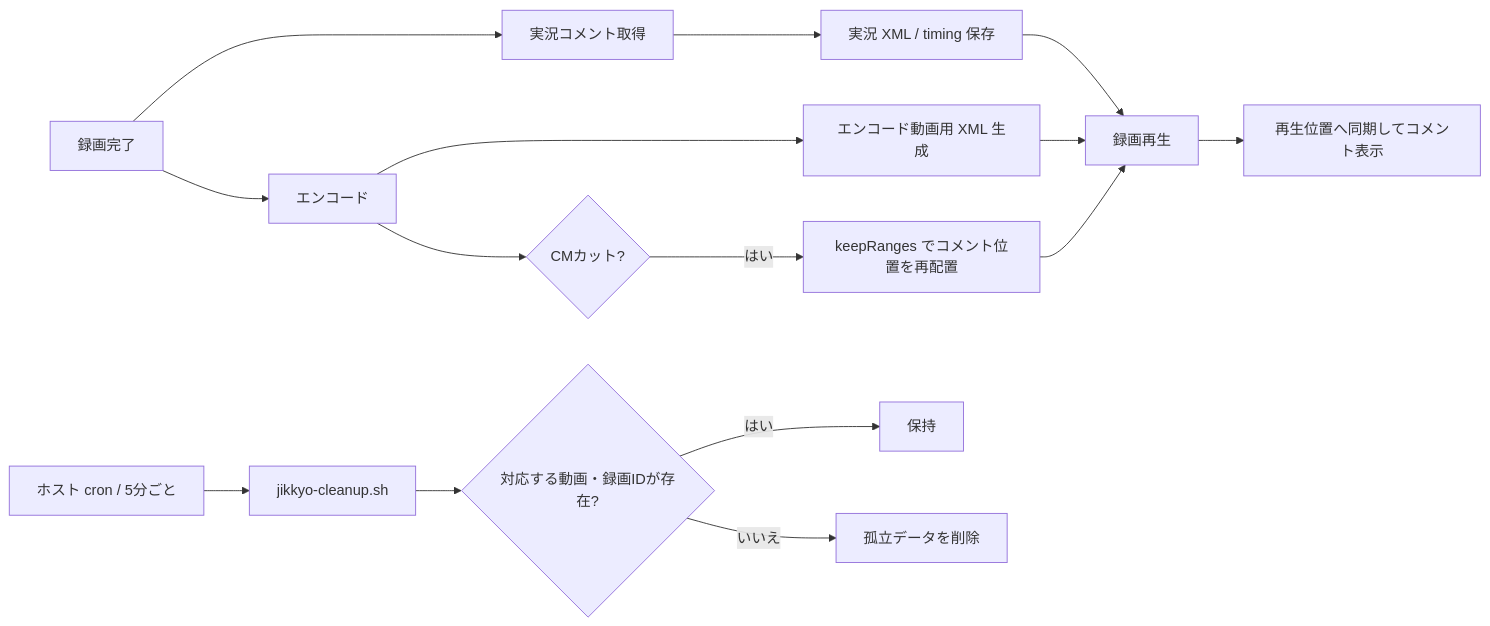
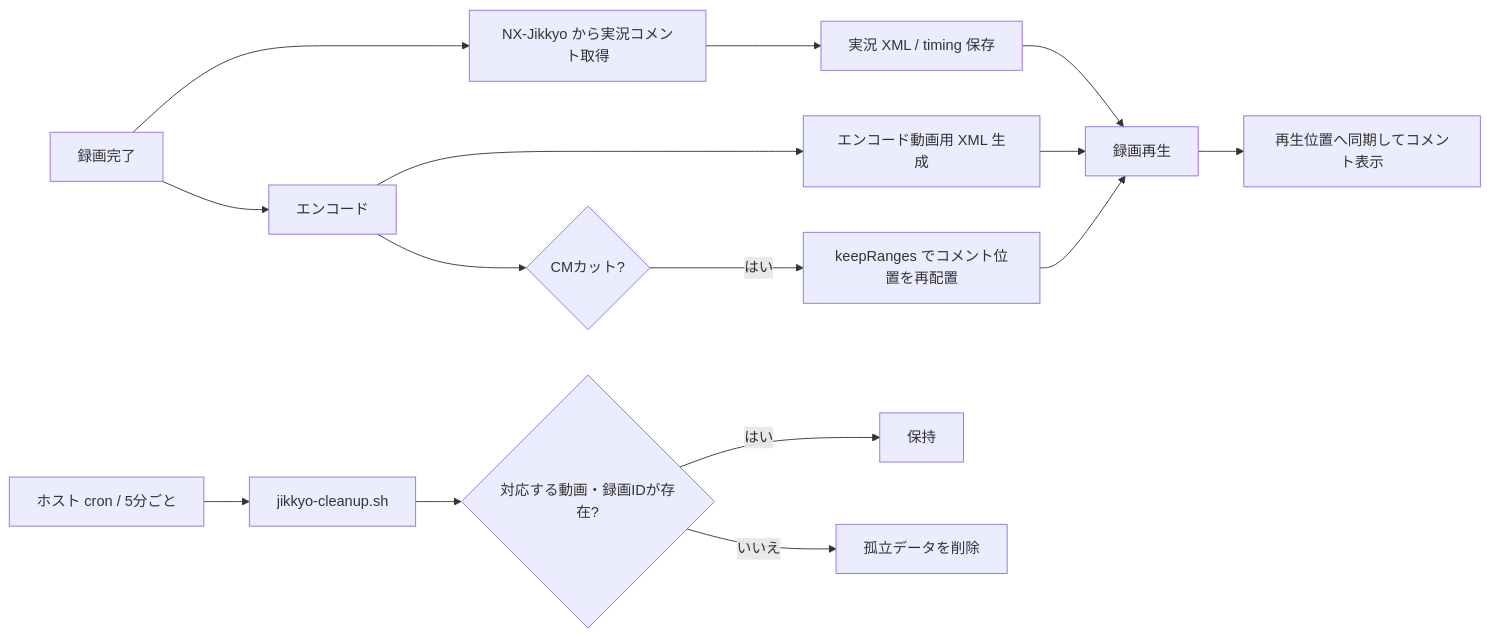
One commit to rucola-salad/docker-mirakurun-epgstation changed the fifth of 6 diagrams in README.md. Above: the diagram before and after it, drawn with Mermaid. The commit also changed other lines of this file, not shown here.

````diff
--- a/README.md
+++ b/README.md
@@ -373,17 +369,17 @@
 ```mermaid
 flowchart LR
-    REC[録画完了] --> FETCH[実況コメント取得]
+    REC[録画完了] --> FETCH[NX-Jikkyo から実況コメント取得]
     FETCH --> XML[実況 XML / timing 保存]
     XML --> PLAY[録画再生]
     PLAY --> VIEW[再生位置へ同期してコメント表示]
     REC --> ENC[エンコード]
     ENC --> EFETCH[エンコード動画用 XML 生成]
     EFETCH --> PLAY
     ENC --> CMCUT{CMカット?}
     CMCUT -->|はい| REMAP[keepRanges でコメント位置を再配置]
     REMAP --> PLAY
     CRON[ホスト cron / 5分ごと] --> CLEAN[jikkyo-cleanup.sh]
     CLEAN --> ORPHAN{対応する動画・録画IDが存在?}
     ORPHAN -->|はい| KEEP[保持]
     ORPHAN -->|いいえ| DELETE[孤立データを削除]
 ```
````
